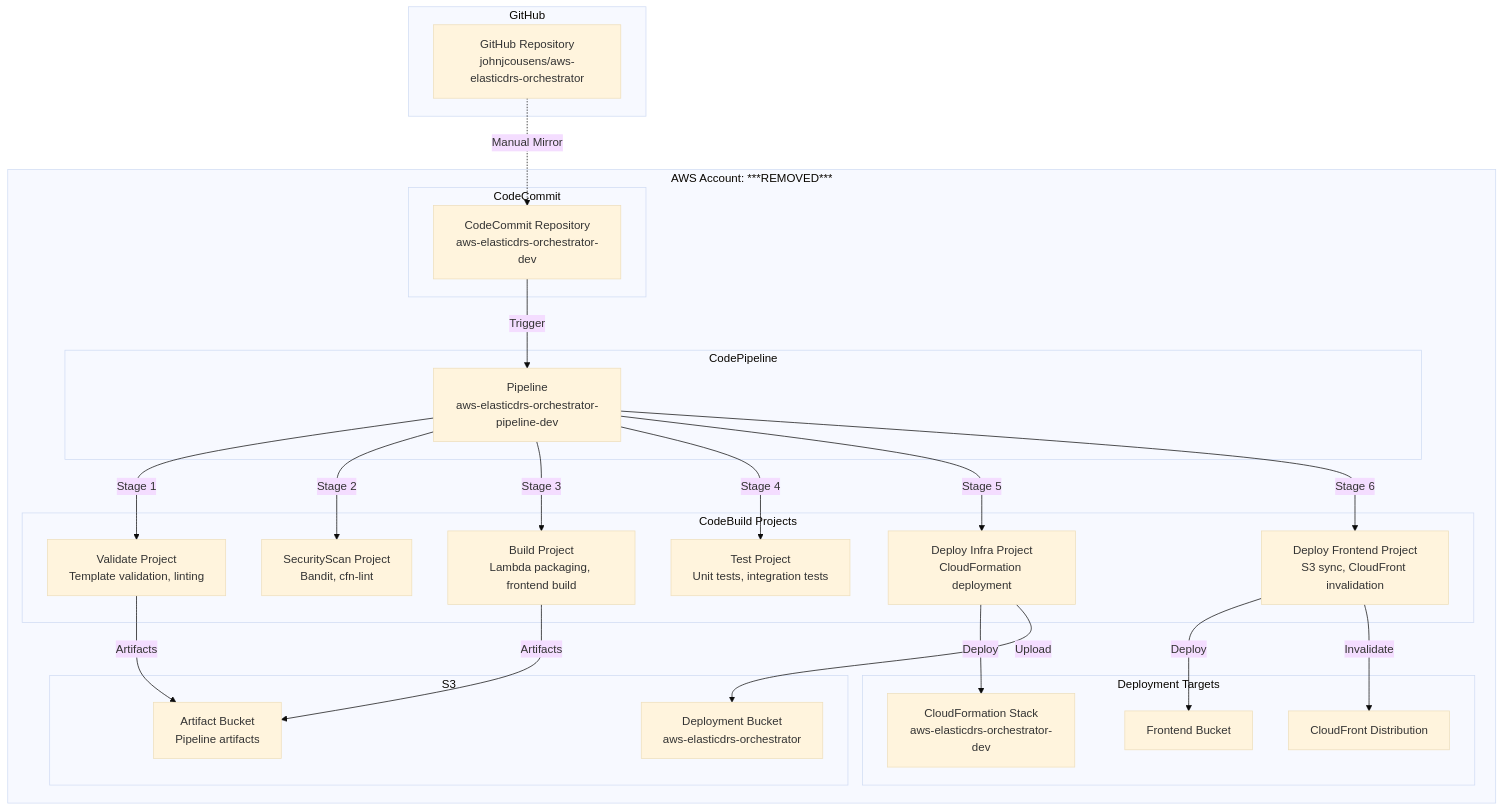
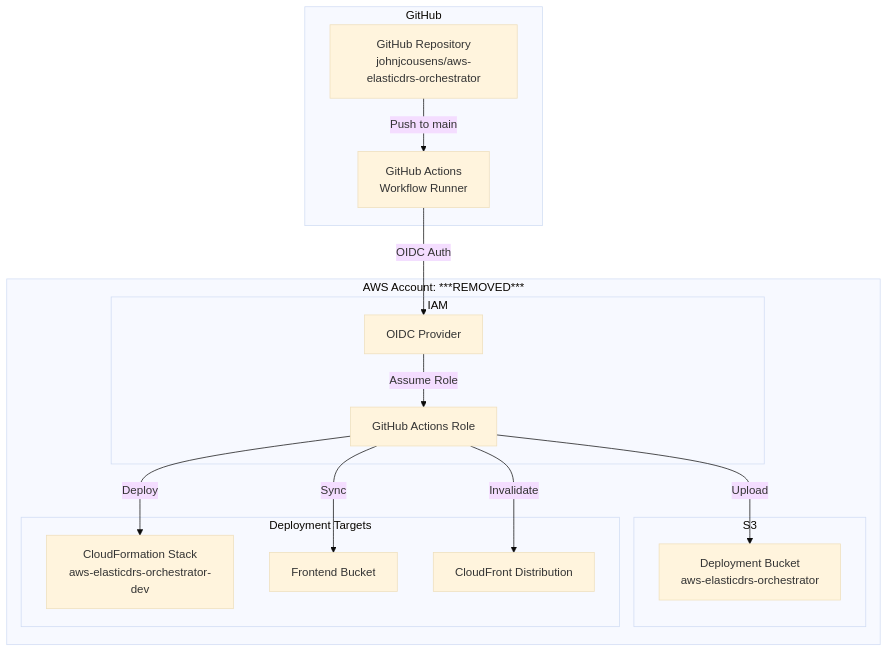
Before and after one commit to johnjcousens/aws-elasticdrs-orchestrator: the diagram in docs/guides/deployment/CICD_SETUP_GUIDE.md, drawn with Mermaid (base theme). The commit also changed other lines of this file and 6 other files, not shown here.

First line of the commit message:
docs: update CI/CD documentation for GitHub Actions migration

````diff
--- a/docs/guides/deployment/CICD_SETUP_GUIDE.md
+++ b/docs/guides/deployment/CICD_SETUP_GUIDE.md
@@ -113,51 +130,32 @@
 ```mermaid
 flowchart TB
-    subgraph GitHub
+    subgraph GitHub["GitHub"]
         GH[GitHub Repository<br/>johnjcousens/aws-elasticdrs-orchestrator]
+        GA[GitHub Actions<br/>Workflow Runner]
     end
     
     subgraph AWS["AWS Account: ***REMOVED***"]
-        subgraph CodeCommit
-            CC[CodeCommit Repository<br/>aws-elasticdrs-orchestrator-dev]
-        end
-        
-        subgraph CodePipeline
-            CP[Pipeline<br/>aws-elasticdrs-orchestrator-pipeline-dev]
-        end
-        
-        subgraph CodeBuild["CodeBuild Projects"]
-            CB1[Validate Project<br/>Template validation, linting]
-            CB2[SecurityScan Project<br/>Bandit, cfn-lint]
-            CB3[Build Project<br/>Lambda packaging, frontend build]
-            CB4[Test Project<br/>Unit tests, integration tests]
-            CB5[Deploy Infra Project<br/>CloudFormation deployment]
-            CB6[Deploy Frontend Project<br/>S3 sync, CloudFront invalidation]
+        subgraph IAM
+            OIDC[OIDC Provider]
+            Role[GitHub Actions Role]
         end
         
         subgraph S3
-            S3A[Artifact Bucket<br/>Pipeline artifacts]
             S3D[Deployment Bucket<br/>aws-elasticdrs-orchestrator]
         end
         
         subgraph Target["Deployment Targets"]
             CF[CloudFormation Stack<br/>aws-elasticdrs-orchestrator-dev]
             S3F[Frontend Bucket]
             CDN[CloudFront Distribution]
         end
     end
     
-    GH -.->|Manual Mirror| CC
-    CC -->|Trigger| CP
-    CP -->|Stage 1| CB1
-    CP -->|Stage 2| CB2
-    CP -->|Stage 3| CB3
-    CP -->|Stage 4| CB4
-    CP -->|Stage 5| CB5
-    CP -->|Stage 6| CB6
-    CB1 -->|Artifacts| S3A
-    CB3 -->|Artifacts| S3A
-    CB5 -->|Deploy| CF
-    CB5 -->|Upload| S3D
-    CB6 -->|Deploy| S3F
-    CB6 -->|Invalidate| CDN
+    GH -->|Push to main| GA
+    GA -->|OIDC Auth| OIDC
+    OIDC -->|Assume Role| Role
+    Role -->|Upload| S3D
+    Role -->|Deploy| CF
+    Role -->|Sync| S3F
+    Role -->|Invalidate| CDN
 ```
````
